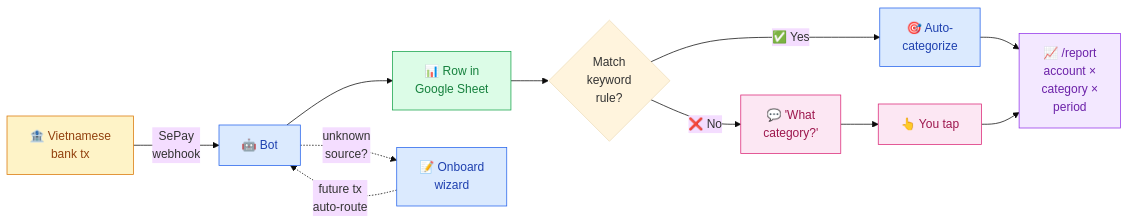
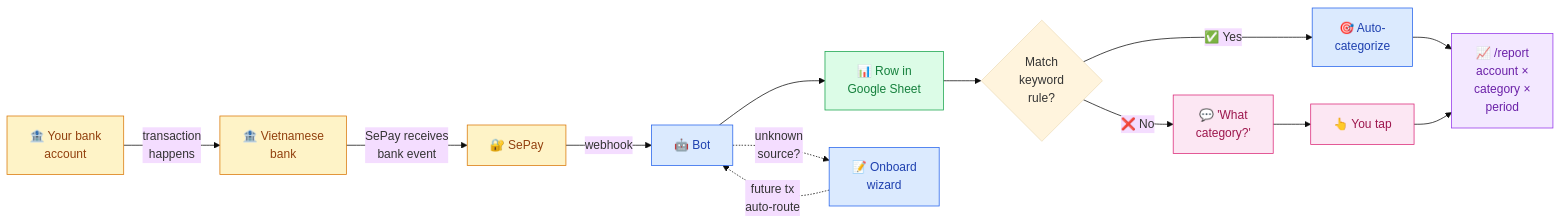
Before and after one commit to maingocanh1702/my-money-went-bot: the diagram in README.md, drawn with Mermaid (base theme). The commit also changed other lines of this file and 2 other files, not shown here.

Commit message:
docs: clarify bank safety and architecture

````diff
--- a/README.md
+++ b/README.md
@@ -24,25 +32,27 @@
 ```mermaid
 flowchart LR
-    A[🏦 Vietnamese<br/>bank tx] -->|SePay<br/>webhook| B[🤖 Bot]
-    B --> C[📊 Row in<br/>Google Sheet]
-    C --> D{Match<br/>keyword<br/>rule?}
-    D -->|✅ Yes| E[🎯 Auto-<br/>categorize]
-    D -->|❌ No| F[💬 'What<br/>category?']
-    F --> G[👆 You tap]
-    E --> H[📈 /report<br/>account ×<br/>category ×<br/>period]
-    G --> H
+    A[🏦 Your bank<br/>account] -->|transaction<br/>happens| B[🏦 Vietnamese<br/>bank]
+    B -->|SePay receives<br/>bank event| C[🔐 SePay]
+    C -->|webhook| D[🤖 Bot]
+    D --> E[📊 Row in<br/>Google Sheet]
+    E --> F{Match<br/>keyword<br/>rule?}
+    F -->|✅ Yes| G[🎯 Auto-<br/>categorize]
+    F -->|❌ No| H[💬 'What<br/>category?']
+    H --> I[👆 You tap]
+    G --> J[📈 /report<br/>account ×<br/>category ×<br/>period]
+    I --> J
 
-    B -. unknown<br/>source? .-> I[📝 Onboard<br/>wizard]
-    I -. future tx<br/>auto-route .-> B
+    D -. unknown<br/>source? .-> K[📝 Onboard<br/>wizard]
+    K -. future tx<br/>auto-route .-> D
 
     classDef bank fill:#fef3c7,stroke:#d97706,color:#92400e
     classDef bot fill:#dbeafe,stroke:#2563eb,color:#1e40af
     classDef store fill:#dcfce7,stroke:#16a34a,color:#15803d
     classDef user fill:#fce7f3,stroke:#db2777,color:#9d174d
     classDef out fill:#f3e8ff,stroke:#9333ea,color:#6b21a8
-    class A bank
-    class B,E,I bot
-    class C store
-    class F,G user
-    class H out
+    class A,B,C bank
+    class D,G,K bot
+    class E store
+    class H,I user
+    class J out
 ```
````
